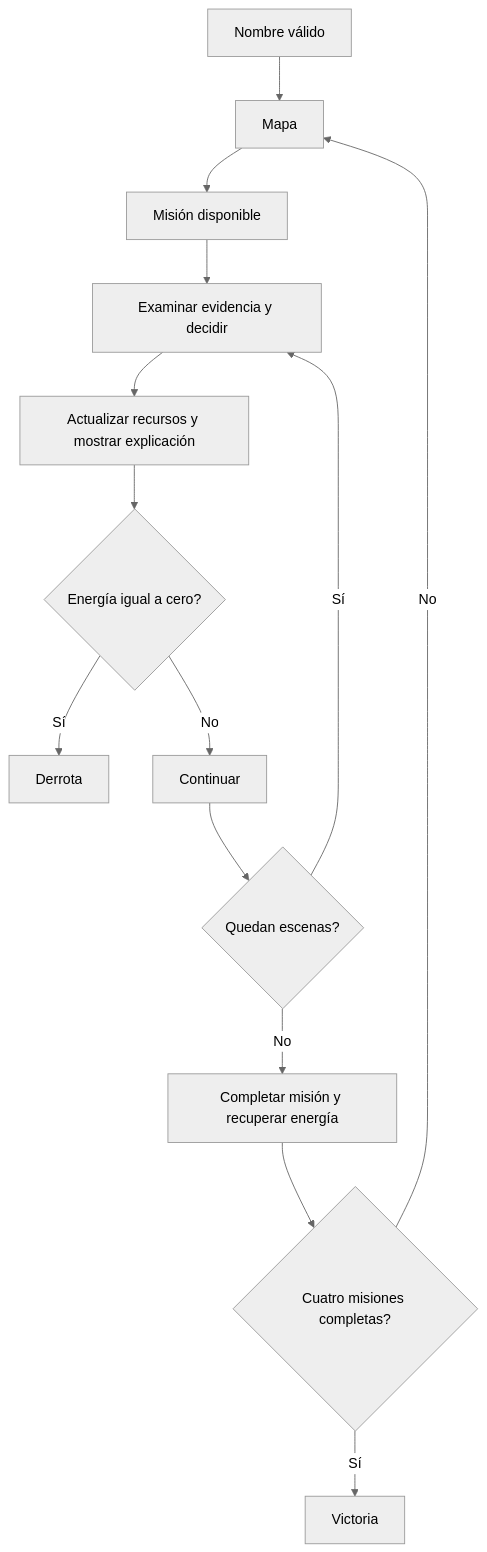
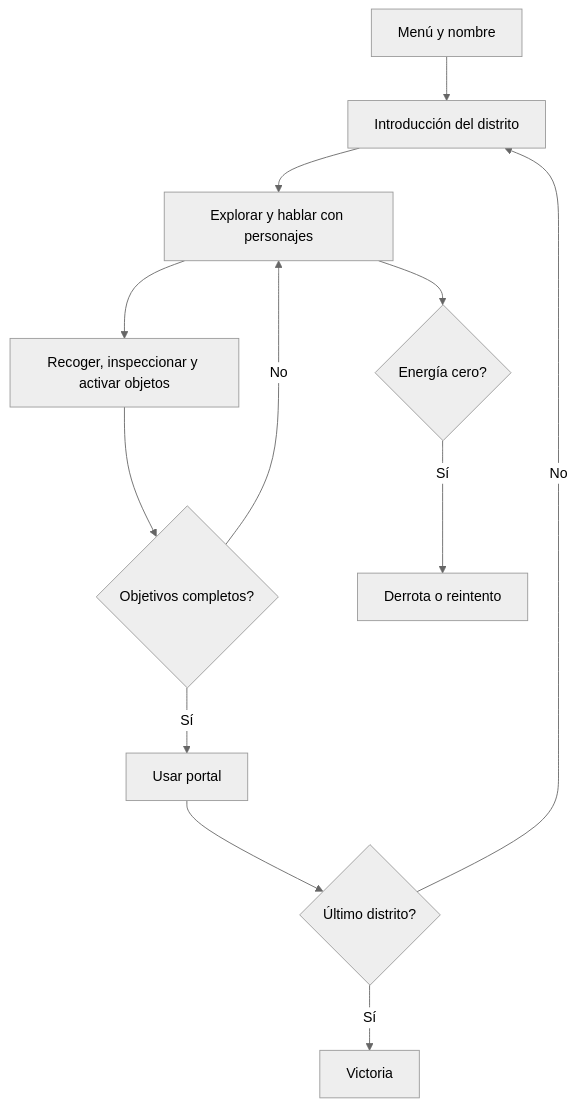
The diagram in documentacion/diseno_algoritmico.md (jorgeR1519/Cyber_Quest), drawn with Mermaid (neutral theme) before and after one commit. The commit also changed other lines of this file and 121 other files, not shown here.

````diff
--- a/documentacion/diseno_algoritmico.md
+++ b/documentacion/diseno_algoritmico.md
@@ -34,16 +47,14 @@
 ```mermaid
 flowchart TD
-    A[Nombre válido] --> B[Mapa]
-    B --> C[Misión disponible]
-    C --> D[Examinar evidencia y decidir]
-    D --> E[Actualizar recursos y mostrar explicación]
-    E --> F{Energía igual a cero?}
-    F -- Sí --> G[Derrota]
-    F -- No --> H[Continuar]
-    H --> I{Quedan escenas?}
-    I -- Sí --> D
-    I -- No --> J[Completar misión y recuperar energía]
-    J --> K{Cuatro misiones completas?}
-    K -- Sí --> L[Victoria]
-    K -- No --> B
+    A[Menú y nombre] --> B[Introducción del distrito]
+    B --> C[Explorar y hablar con personajes]
+    C --> D[Recoger, inspeccionar y activar objetos]
+    D --> E{Objetivos completos?}
+    E -- No --> C
+    E -- Sí --> F[Usar portal]
+    F --> G{Último distrito?}
+    G -- No --> B
+    G -- Sí --> H[Victoria]
+    C --> I{Energía cero?}
+    I -- Sí --> J[Derrota o reintento]
 ```
````
